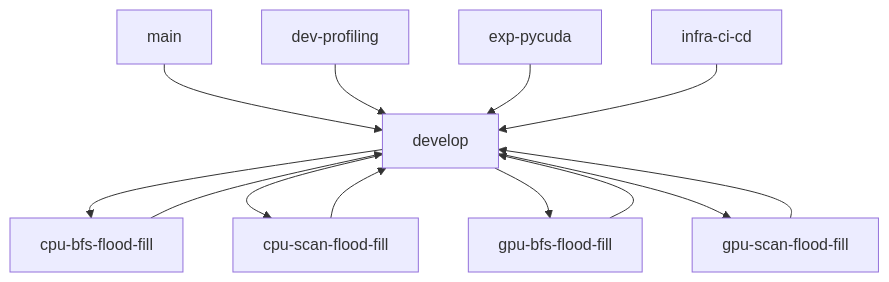
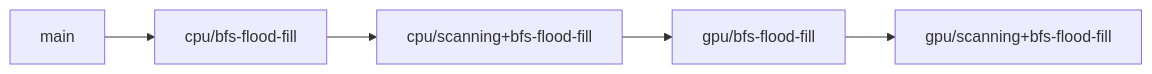
One commit to lejrn/flood-fill-cuda changed the diagram in README.md. Above: the diagram before and after it, drawn with Mermaid. The commit also changed other lines of this file, not shown here.

````diff
--- a/README.md
+++ b/README.md
@@ -257,17 +247,7 @@
 ```mermaid
-graph TD
-    A[main] --> B[develop]
-    B --> C[cpu-bfs-flood-fill]
-    B --> D[cpu-scan-flood-fill]
-    B --> E[gpu-bfs-flood-fill]
-    B --> F[gpu-scan-flood-fill]
-    
-    C --> B
-    D --> B
-    E --> B
-    F --> B
-    
-    G[dev-profiling] --> B
-    H[exp-pycuda] --> B
-    I[infra-ci-cd] --> B
+graph LR
+    A[main] --> B[cpu/bfs-flood-fill]
+    B --> C[cpu/scanning+bfs-flood-fill]
+    C --> D[gpu/bfs-flood-fill]
+    D --> E[gpu/scanning+bfs-flood-fill]
 ```
````
